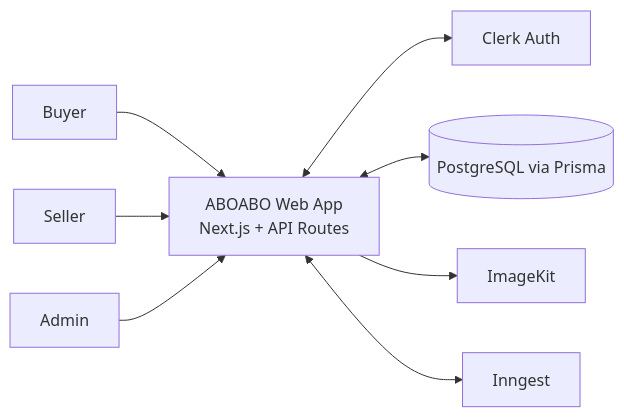
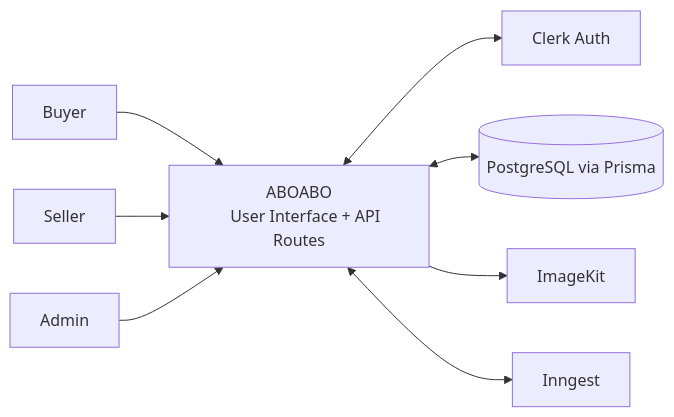
Before and after one commit to Muraydevs1/ABOABO: the first of 5 diagrams in docs/SRS_ABOABO.md, drawn with Mermaid. The commit also changed 11 other files, not shown here.

````diff
--- a/docs/SRS_ABOABO.md
+++ b/docs/SRS_ABOABO.md
@@ -298,22 +298,23 @@
 ```mermaid
 flowchart LR
     Buyer[Buyer]
     Seller[Seller]
     Admin[Admin]
 
-    ABOABO[ABOABO Web App\nNext.js + API Routes]
+    ABOABO[ABOABO
+    User Interface + API Routes]
 
     Clerk[Clerk Auth]
     DB[(PostgreSQL via Prisma)]
     ImageKit[ImageKit]
     Inngest[Inngest]
 
     Buyer --> ABOABO
     Seller --> ABOABO
     Admin --> ABOABO
 
     ABOABO <--> Clerk
     ABOABO <--> DB
     ABOABO --> ImageKit
     ABOABO <--> Inngest
 ```
````
